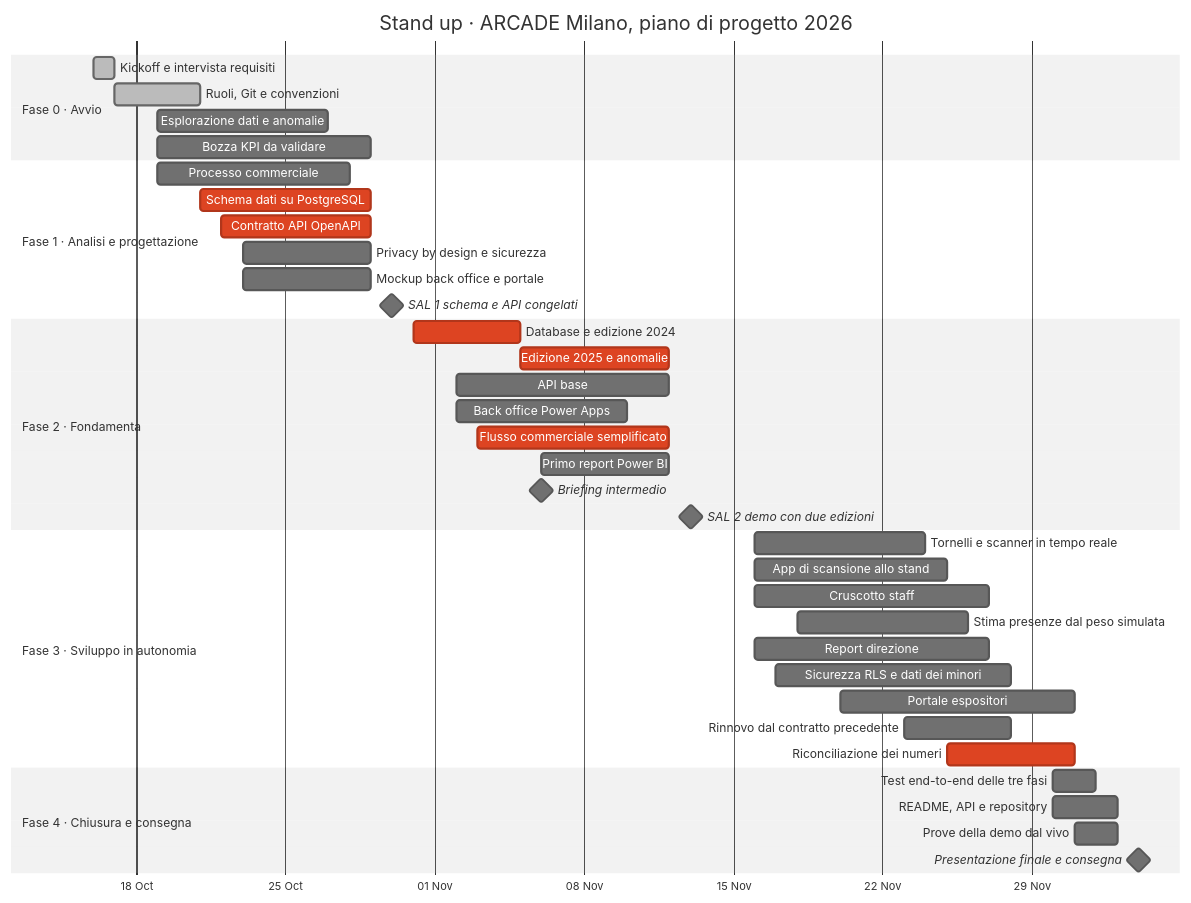
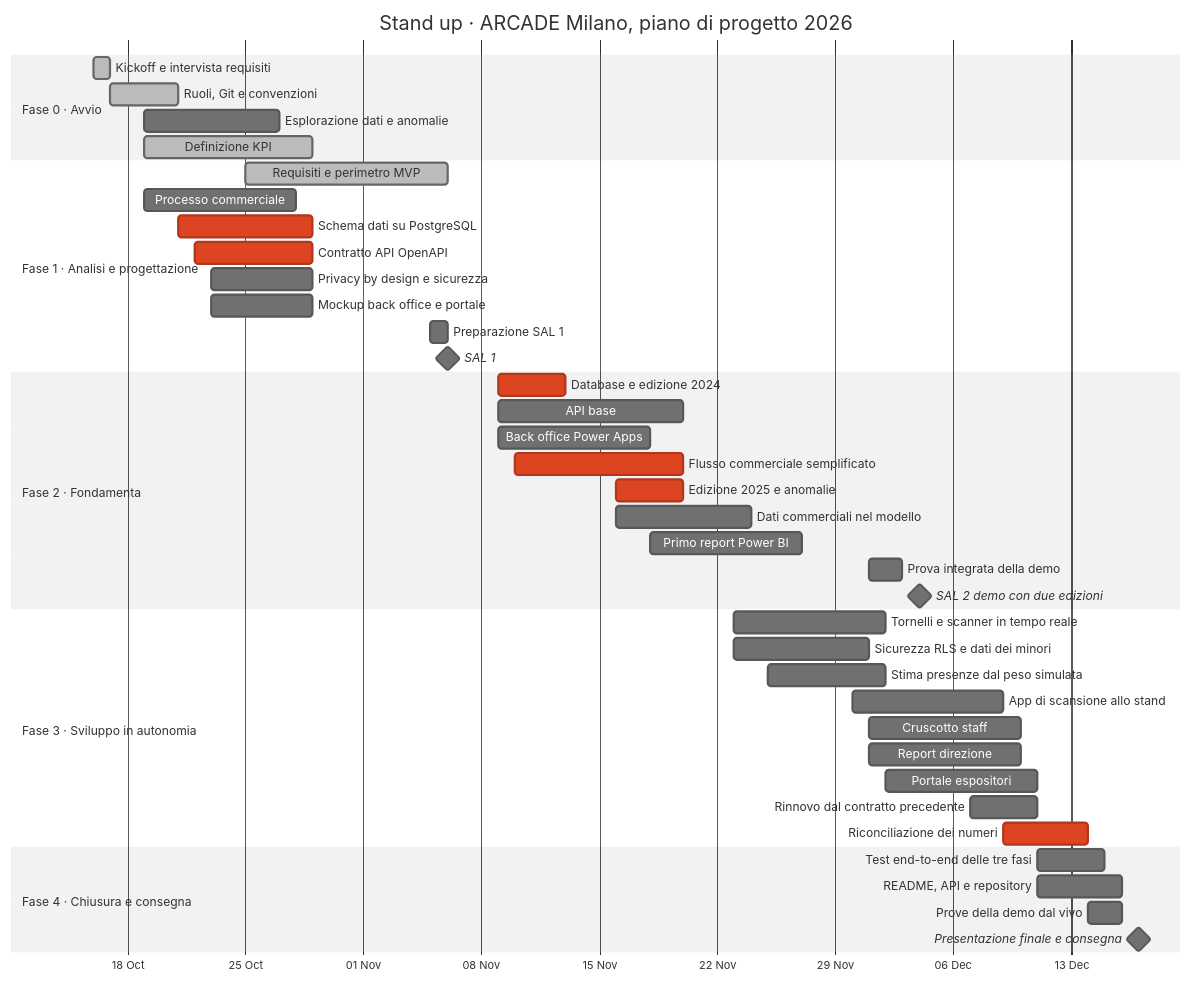
One commit to stand-up-arcade-milan/Standup-platform changed the fifth of 5 diagrams in README.md. Above: the diagram before and after it, drawn with Mermaid (neutral theme). The commit also changed other lines of this file, not shown here.

Commit message:
docs: README con nuove date, KPI approvati e requisiti MVP
SAL 1 al 6/11, SAL 2 al 4/12, presentazione finale al 17/12. Gantt, percorso critico, milestone e stato del progetto allineati al GitHub Project.

````diff
--- a/README.md
+++ b/README.md
@@ -362,47 +362,50 @@
 ```mermaid
 gantt
     title Stand up · ARCADE Milano, piano di progetto 2026
     dateFormat YYYY-MM-DD
     axisFormat %d %b
 
     section Fase 0 · Avvio
     Kickoff e intervista requisiti        :done, a1, 2026-10-16, 1d
     Ruoli, Git e convenzioni              :done, a2, 2026-10-17, 2026-10-21
     Esplorazione dati e anomalie          :a3, 2026-10-19, 2026-10-27
-    Bozza KPI da validare                 :a4, 2026-10-19, 2026-10-29
+    Definizione KPI                       :done, a4, 2026-10-19, 2026-10-29
 
     section Fase 1 · Analisi e progettazione
+    Requisiti e perimetro MVP             :done, b0, 2026-10-25, 2026-11-06
     Processo commerciale                  :b1, 2026-10-19, 2026-10-28
     Schema dati su PostgreSQL             :crit, b2, 2026-10-21, 2026-10-29
     Contratto API OpenAPI                 :crit, b3, 2026-10-22, 2026-10-29
     Privacy by design e sicurezza         :b4, 2026-10-23, 2026-10-29
     Mockup back office e portale          :b5, 2026-10-23, 2026-10-29
-    SAL 1 schema e API congelati          :milestone, m1, 2026-10-30, 0d
+    Preparazione SAL 1                    :b6, 2026-11-05, 2026-11-06
+    SAL 1                                 :milestone, m1, 2026-11-06, 0d
 
     section Fase 2 · Fondamenta
-    Database e edizione 2024              :crit, c1, 2026-10-31, 2026-11-05
-    Edizione 2025 e anomalie              :crit, c2, 2026-11-05, 2026-11-12
-    API base                              :c3, 2026-11-02, 2026-11-12
-    Back office Power Apps                :c4, 2026-11-02, 2026-11-10
-    Flusso commerciale semplificato       :crit, c5, 2026-11-03, 2026-11-12
-    Primo report Power BI                 :c6, 2026-11-06, 2026-11-12
-    Briefing intermedio                   :milestone, m2, 2026-11-06, 0d
-    SAL 2 demo con due edizioni           :milestone, m3, 2026-11-13, 0d
+    Database e edizione 2024              :crit, c1, 2026-11-09, 2026-11-13
+    API base                              :c3, 2026-11-09, 2026-11-20
+    Back office Power Apps                :c4, 2026-11-09, 2026-11-18
+    Flusso commerciale semplificato       :crit, c5, 2026-11-10, 2026-11-20
+    Edizione 2025 e anomalie              :crit, c2, 2026-11-16, 2026-11-20
+    Dati commerciali nel modello          :c7, 2026-11-16, 2026-11-24
+    Primo report Power BI                 :c6, 2026-11-18, 2026-11-27
+    Prova integrata della demo            :c8, 2026-12-01, 2026-12-03
+    SAL 2 demo con due edizioni           :milestone, m3, 2026-12-04, 0d
 
     section Fase 3 · Sviluppo in autonomia
-    Tornelli e scanner in tempo reale     :d1, 2026-11-16, 2026-11-24
-    App di scansione allo stand           :d2, 2026-11-16, 2026-11-25
-    Cruscotto staff                       :d3, 2026-11-16, 2026-11-27
-    Stima presenze dal peso simulata      :d9, 2026-11-18, 2026-11-26
-    Report direzione                      :d4, 2026-11-16, 2026-11-27
-    Sicurezza RLS e dati dei minori       :d5, 2026-11-17, 2026-11-28
-    Portale espositori                    :d6, 2026-11-20, 2026-12-01
-    Rinnovo dal contratto precedente      :d7, 2026-11-23, 2026-11-28
-    Riconciliazione dei numeri            :crit, d8, 2026-11-25, 2026-12-01
+    Tornelli e scanner in tempo reale     :d1, 2026-11-23, 2026-12-02
+    Sicurezza RLS e dati dei minori       :d5, 2026-11-23, 2026-12-01
+    Stima presenze dal peso simulata      :d9, 2026-11-25, 2026-12-02
+    App di scansione allo stand           :d2, 2026-11-30, 2026-12-09
+    Cruscotto staff                       :d3, 2026-12-01, 2026-12-10
+    Report direzione                      :d4, 2026-12-01, 2026-12-10
+    Portale espositori                    :d6, 2026-12-02, 2026-12-11
+    Rinnovo dal contratto precedente      :d7, 2026-12-07, 2026-12-11
+    Riconciliazione dei numeri            :crit, d8, 2026-12-09, 2026-12-14
 
     section Fase 4 · Chiusura e consegna
-    Test end-to-end delle tre fasi        :e1, 2026-11-30, 2026-12-02
-    README, API e repository              :e2, 2026-11-30, 2026-12-03
-    Prove della demo dal vivo             :e3, 2026-12-01, 2026-12-03
-    Presentazione finale e consegna       :milestone, m4, 2026-12-04, 0d
+    Test end-to-end delle tre fasi        :e1, 2026-12-11, 2026-12-15
+    README, API e repository              :e2, 2026-12-11, 2026-12-16
+    Prove della demo dal vivo             :e3, 2026-12-14, 2026-12-16
+    Presentazione finale e consegna       :milestone, m4, 2026-12-17, 0d
 ```
````
